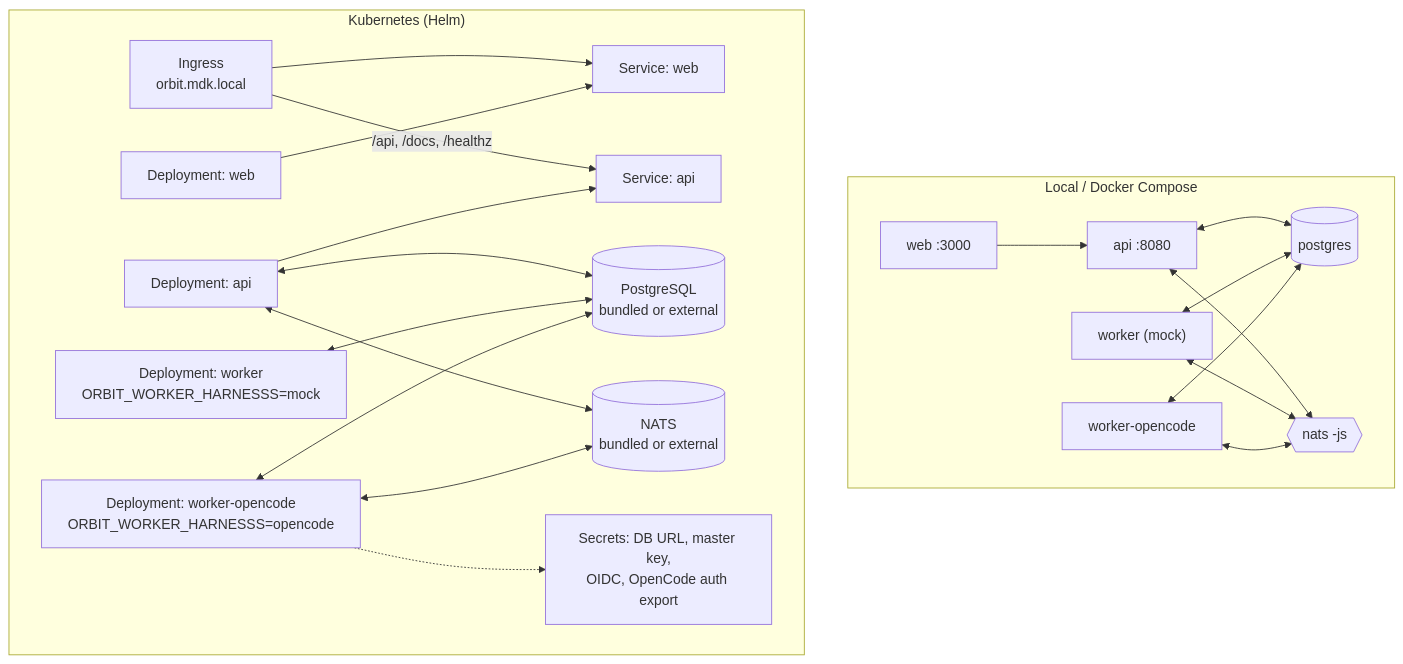
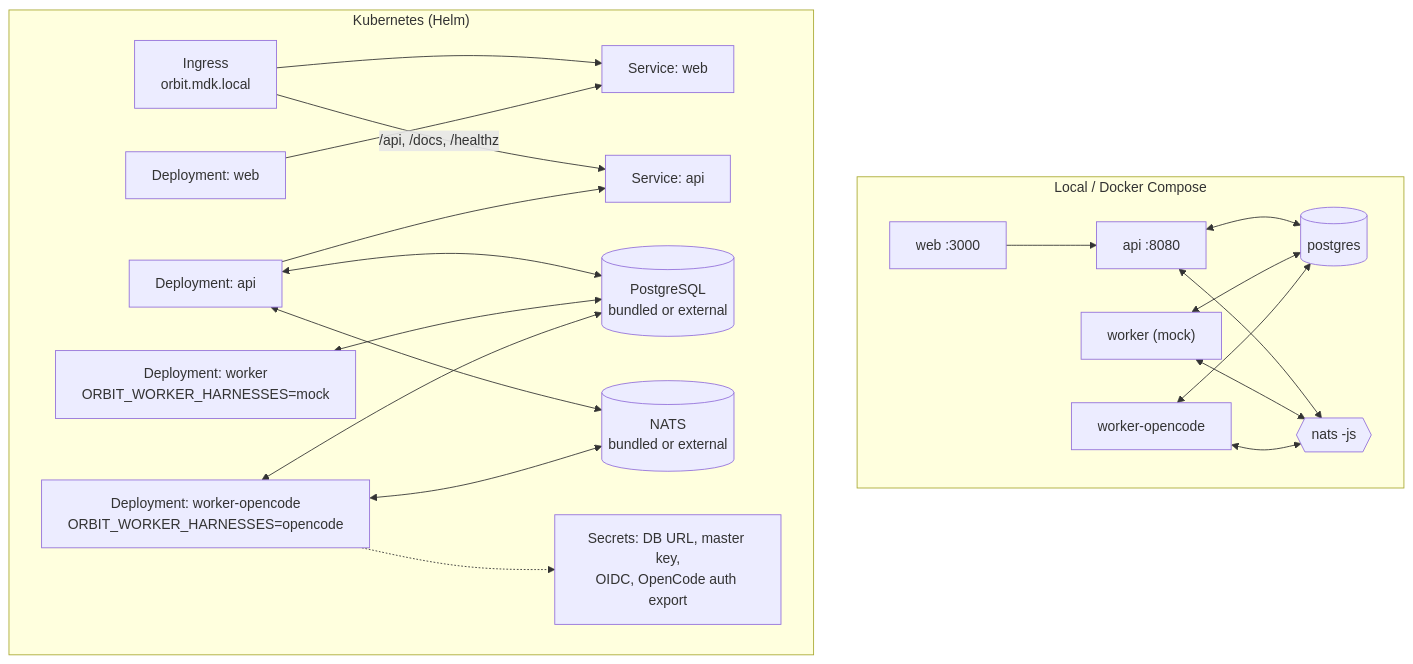
The fifth of 5 diagrams in docs/architecture/diagram.md (mikemikimike/orbit), drawn with Mermaid before and after one commit. The commit also changed 12 other files, not shown here.

Commit message:
fix: correct ORBIT_WORKER_HARNESSES env name; push all worker images

````diff
--- a/docs/architecture/diagram.md
+++ b/docs/architecture/diagram.md
@@ -196,34 +196,34 @@
 ```mermaid
 flowchart TB
   subgraph Local["Local / Docker Compose"]
     LWeb["web :3000"] --> LApi["api :8080"]
     LWorker["worker (mock)"]
     LOpencode["worker-opencode"]
     LDb[("postgres")]
     LNats{{"nats -js"}}
     LApi <--> LDb
     LApi <--> LNats
     LWorker <--> LDb
     LWorker <--> LNats
     LOpencode <--> LDb
     LOpencode <--> LNats
   end
 
   subgraph K8s["Kubernetes (Helm)"]
     Ing["Ingress<br/>orbit.mdk.local"] --> SvcWeb["Service: web"]
     Ing -->|"/api, /docs, /healthz"| SvcApi["Service: api"]
     WebD["Deployment: web"] --> SvcWeb
     ApiD["Deployment: api"] --> SvcApi
-    WorkerD["Deployment: worker<br/>ORBIT_WORKER_HARNESSS=mock"]
-    OpencodeD["Deployment: worker-opencode<br/>ORBIT_WORKER_HARNESSS=opencode"]
+    WorkerD["Deployment: worker<br/>ORBIT_WORKER_HARNESSES=mock"]
+    OpencodeD["Deployment: worker-opencode<br/>ORBIT_WORKER_HARNESSES=opencode"]
     Pg[("PostgreSQL<br/>bundled or external")]
     Nats[("NATS<br/>bundled or external")]
     Secret["Secrets: DB URL, master key,<br/>OIDC, OpenCode auth export"]
     ApiD <--> Pg
     ApiD <--> Nats
     WorkerD <--> Pg
     OpencodeD <--> Pg
     OpencodeD <--> Nats
     OpencodeD -.-> Secret
   end
 ```
````
